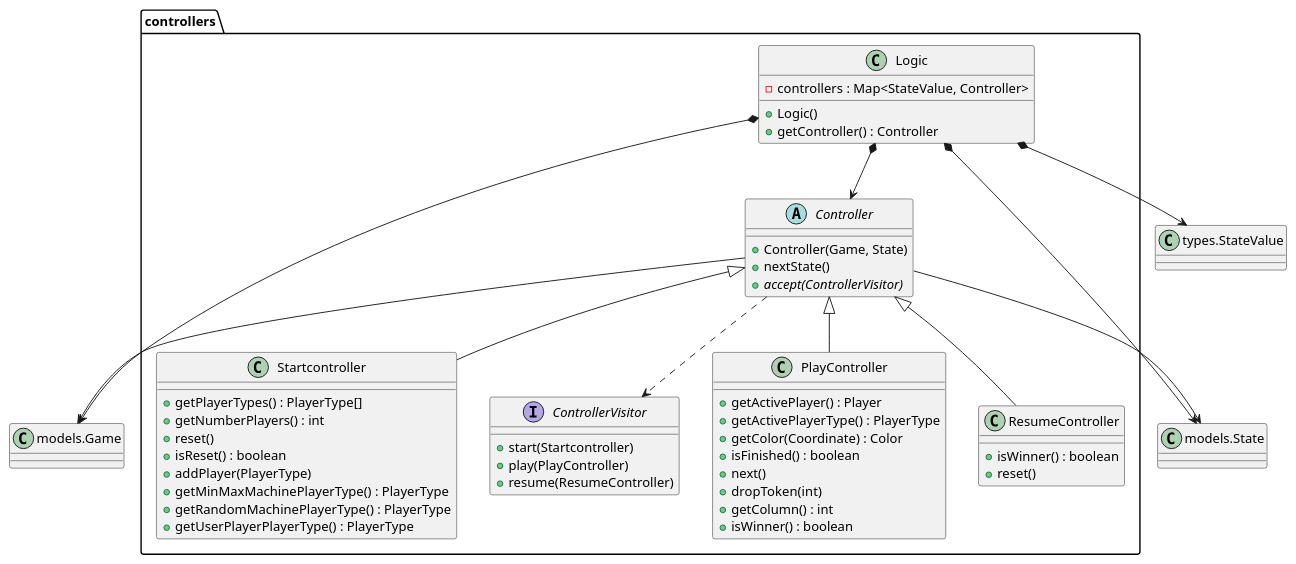
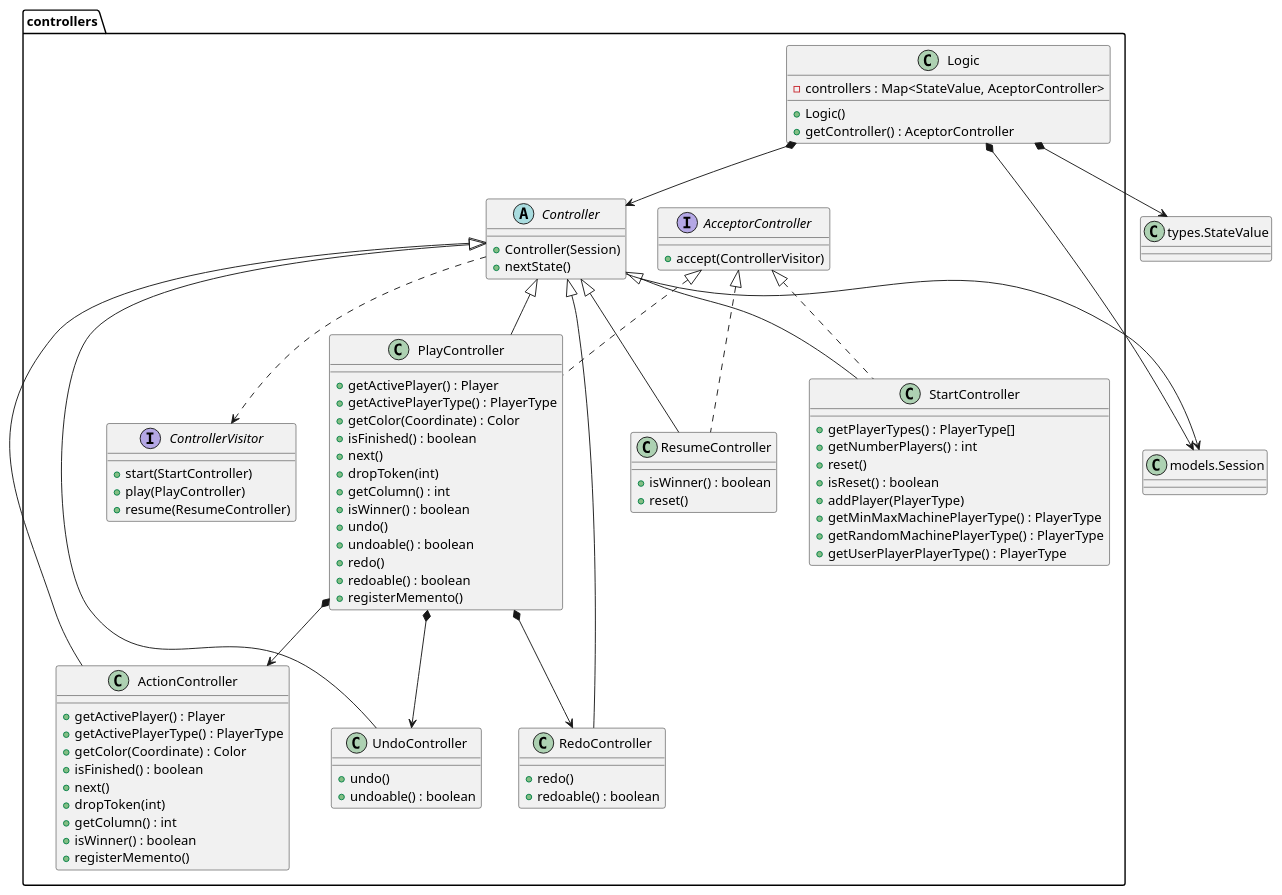
Before and after one commit to js-rom/connect4: the diagram in connect4/Docs/diagrams/src/packages/connect4.connect4.controllers.plantuml, drawn with PlantUML. The commit also changed 4 other files, not shown here.

```diff
--- a/connect4/Docs/diagrams/src/packages/connect4.connect4.controllers.plantuml
+++ b/connect4/Docs/diagrams/src/packages/connect4.connect4.controllers.plantuml
@@ -1,68 +1,107 @@
 @startuml connect4.connect4.controllers
 
+
+interface controllers.AcceptorController {
+    +accept(ControllerVisitor)
+}
+
 class controllers.Logic {
-    -controllers : Map<StateValue, Controller> 
+    -controllers : Map<StateValue, AceptorController> 
     +Logic()
-    +getController() : Controller
+    +getController() : AceptorController
 }
 
 abstract class controllers.Controller {
-    +Controller(Game, State)
+    +Controller(Session)
     +nextState()
-    + {abstract} accept(ControllerVisitor)
 }
 
-class controllers.Startcontroller {
+class controllers.StartController {
 
     +getPlayerTypes() : PlayerType[]
     +getNumberPlayers() : int
     +reset()
     +isReset() : boolean
     +addPlayer(PlayerType)
     +getMinMaxMachinePlayerType() : PlayerType
     +getRandomMachinePlayerType() : PlayerType
     +getUserPlayerPlayerType() : PlayerType
 }
 
 interface controllers.ControllerVisitor {
-    +start(Startcontroller)
+    +start(StartController)
     +play(PlayController)
     +resume(ResumeController)
 }
 
 class controllers.PlayController{
     +getActivePlayer() : Player
     +getActivePlayerType() : PlayerType
     +getColor(Coordinate) : Color
     +isFinished() : boolean
     +next()
     +dropToken(int)
     +getColumn() : int
     +isWinner() : boolean
+    +undo()
+    +undoable() : boolean
+    +redo()
+    +redoable() : boolean
+    +registerMemento()
 }
+
+class controllers.ActionController{
+    +getActivePlayer() : Player
+    +getActivePlayerType() : PlayerType
+    +getColor(Coordinate) : Color
+    +isFinished() : boolean
+    +next()
+    +dropToken(int)
+    +getColumn() : int
+    +isWinner() : boolean
+    +registerMemento()
+}
+
+class controllers.UndoController{
+    +undo()
+    +undoable() : boolean
+}
+
+class controllers.RedoController{
+    +redo()
+    +redoable() : boolean
+}
+
 class controllers.ResumeController{
     +isWinner() : boolean
     +reset()
 }
 
-class Game as "models.Game"
-class State as "models.State"
+class Session as "models.Session"
 class StateValue as "types.StateValue"
 
 
 
 Controller ..> ControllerVisitor
-Controller <|-- Startcontroller
+Controller <|-- StartController
 Controller <|-- PlayController
+Controller <|-- ActionController
+Controller <|-- UndoController
+Controller <|-- RedoController
 Controller <|-- ResumeController
+AcceptorController <|.. StartController
+AcceptorController <|.. PlayController
+AcceptorController <|.. ResumeController
 
-Logic *--> Game
-Logic *--> State
+Logic *--> Session
 Logic *--> Controller
 Logic *--> StateValue
 
-Controller --> Game
-Controller --> State
+Controller --> Session
+
+PlayController *--> ActionController
+PlayController *--> UndoController
+PlayController *--> RedoController
 
 
 @enduml
```
